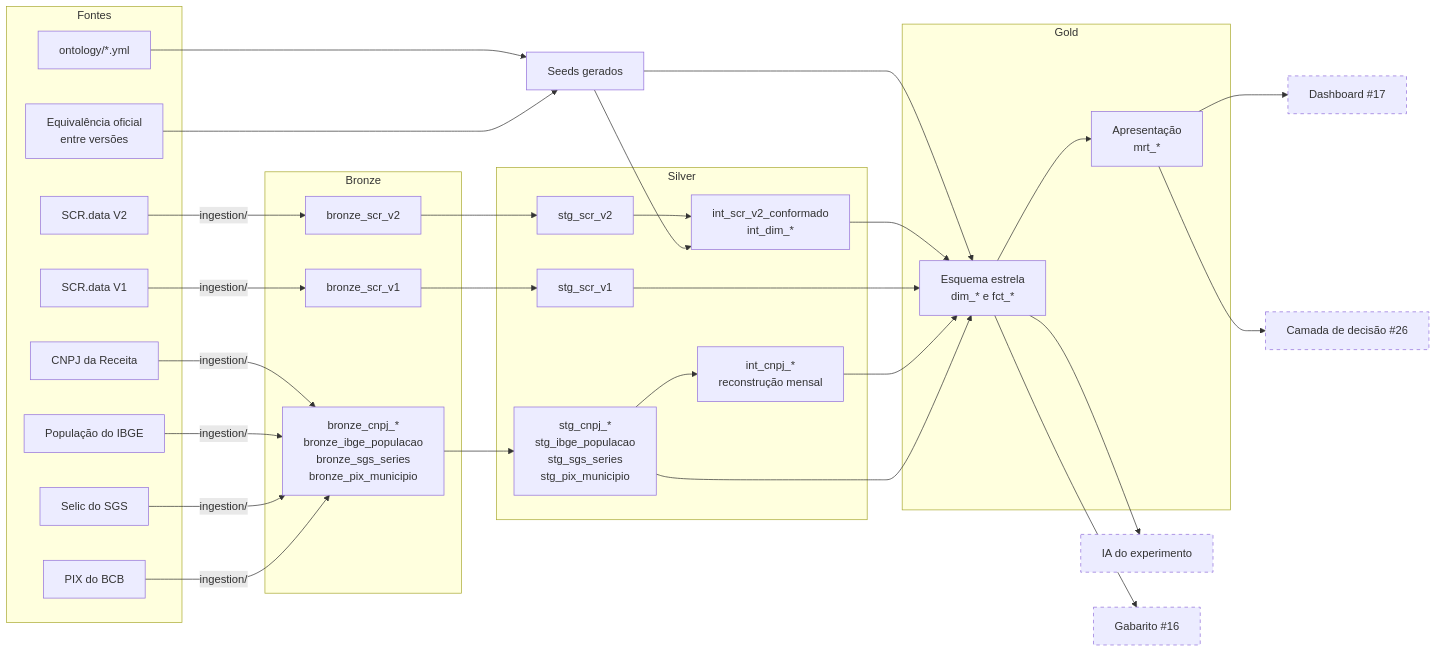
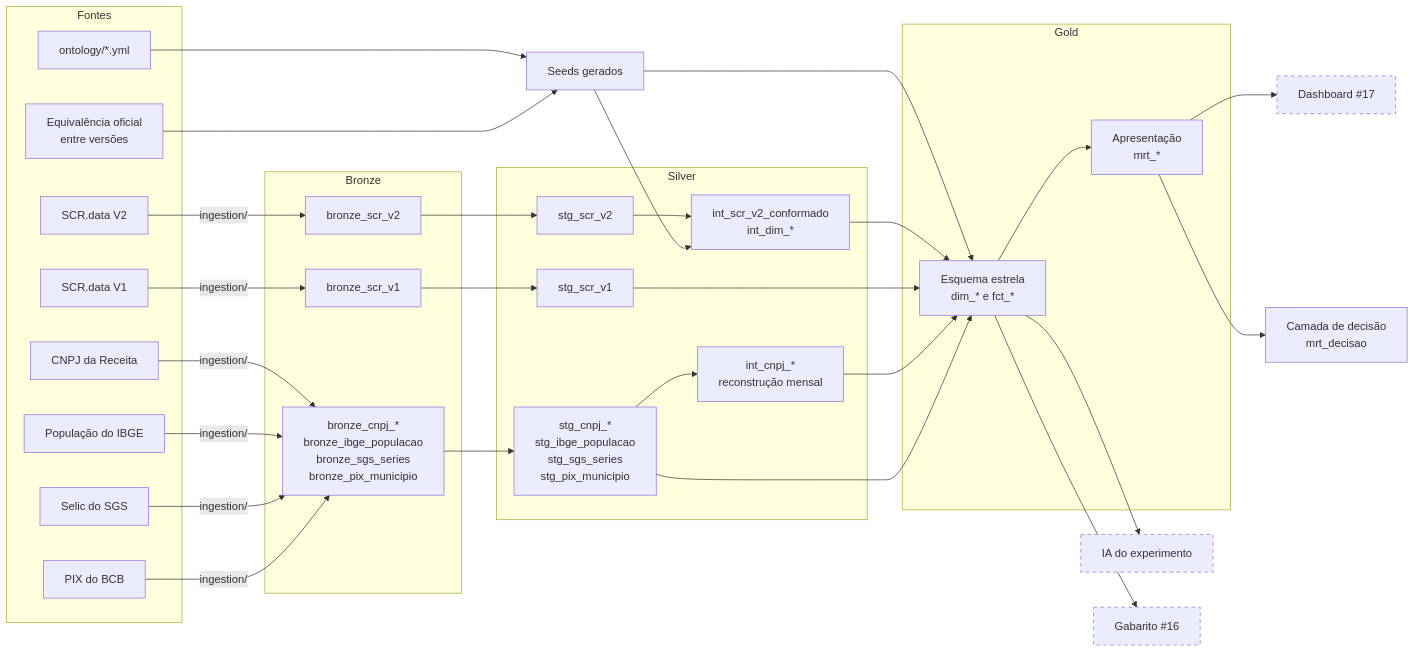
One commit to RCHRDYv/bcb-credito-governanca changed the diagram in README.md. Above: the diagram before and after it, drawn with Mermaid. The commit also changed other lines of this file and 3 other files, not shown here.

First line of the commit message:
ADR 0014, especificacao, README e cobertura da camada de decisao

````diff
--- a/README.md
+++ b/README.md
@@ -71,54 +71,54 @@
 ```mermaid
 flowchart LR
     subgraph fontes["Fontes"]
         v2["SCR.data V2"]
         v1["SCR.data V1"]
         onto["ontology/*.yml"]
         equiv["Equivalência oficial<br/>entre versões"]
         cnpj["CNPJ da Receita"]
         ibge["População do IBGE"]
         sgs["Selic do SGS"]
         pix["PIX do BCB"]
     end
 
     subgraph bronze["Bronze"]
         b2["bronze_scr_v2"]
         b1["bronze_scr_v1"]
         bext["bronze_cnpj_*<br/>bronze_ibge_populacao<br/>bronze_sgs_series<br/>bronze_pix_municipio"]
     end
 
     seeds["Seeds gerados"]
 
     subgraph silver["Silver"]
         s2["stg_scr_v2"]
         s1["stg_scr_v1"]
         conf["int_scr_v2_conformado<br/>int_dim_*"]
         sext["stg_cnpj_*<br/>stg_ibge_populacao<br/>stg_sgs_series<br/>stg_pix_municipio"]
         rec["int_cnpj_*<br/>reconstrução mensal"]
     end
 
     subgraph gold["Gold"]
         estrela["Esquema estrela<br/>dim_* e fct_*"]
         apres["Apresentação<br/>mrt_*"]
     end
 
     ia["IA do experimento"]
     gab["Gabarito #16"]
     dash["Dashboard #17"]
-    dec["Camada de decisão #26"]
+    dec["Camada de decisão<br/>mrt_decisao"]
 
     v2 -- "ingestion/" --> b2 --> s2 --> conf
     v1 -- "ingestion/" --> b1 --> s1
     onto & equiv --> seeds --> conf
     seeds --> estrela
     conf --> estrela
     s1 --> estrela
     cnpj & ibge & sgs & pix -- "ingestion/" --> bext --> sext --> rec --> estrela
     sext --> estrela
     estrela --> apres
     estrela --> ia & gab
     apres --> dash & dec
 
     classDef planejado stroke-dasharray: 5 5
-    class ia,gab,dash,dec planejado
+    class ia,gab,dash planejado
 ```
````
